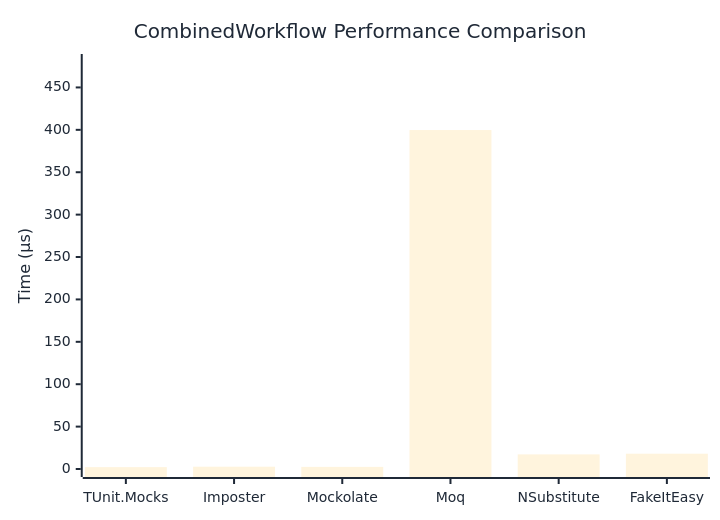
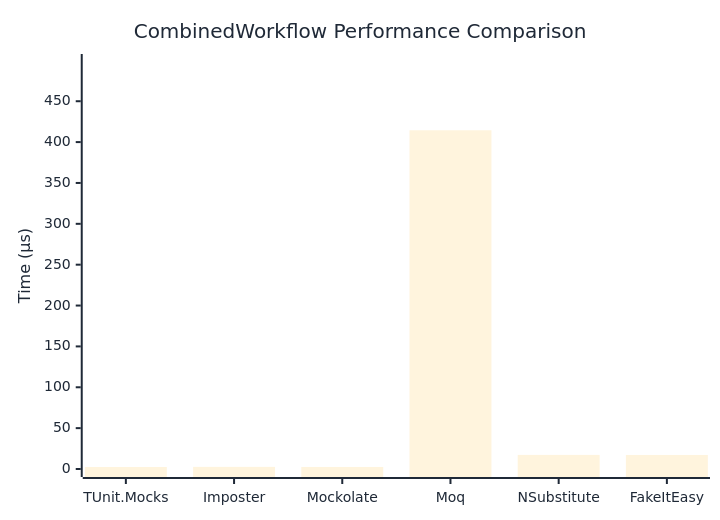
The diagram in docs/docs/benchmarks/mocks/CombinedWorkflow.md (thomhurst/TUnit), drawn with Mermaid before and after one commit. The commit also changed other lines of this file and 13 other files, not shown here.

````diff
--- a/docs/docs/benchmarks/mocks/CombinedWorkflow.md
+++ b/docs/docs/benchmarks/mocks/CombinedWorkflow.md
@@ -28,27 +28,27 @@
 ```mermaid
 %%{init: {
   'theme':'base',
   'themeVariables': {
     'primaryColor': '#2563eb',
     'primaryTextColor': '#1f2937',
     'primaryBorderColor': '#1e40af',
     'lineColor': '#6b7280',
     'secondaryColor': '#7c3aed',
     'tertiaryColor': '#dc2626',
     'background': '#ffffff',
     'pie1': '#2563eb',
     'pie2': '#7c3aed',
     'pie3': '#dc2626',
     'pie4': '#f59e0b',
     'pie5': '#10b981',
     'pie6': '#06b6d4',
     'pie7': '#ec4899',
     'pie8': '#6366f1'
   }
 }}%%
 xychart-beta
   title "CombinedWorkflow Performance Comparison"
   x-axis ["TUnit.Mocks", "Imposter", "Mockolate", "Moq", "NSubstitute", "FakeItEasy"]
-  y-axis "Time (μs)" 0 --> 480
-  bar [2.193, 2.715, 2.502, 399.733, 17.239, 18.053]
+  y-axis "Time (μs)" 0 --> 498
+  bar [2.472, 2.598, 2.504, 414.451, 17.237, 17.193]
 ```
````
